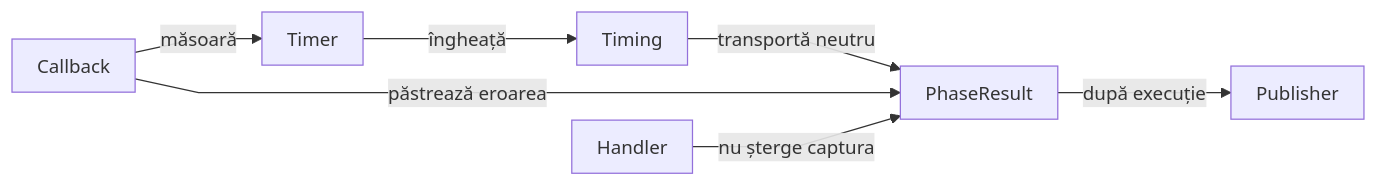
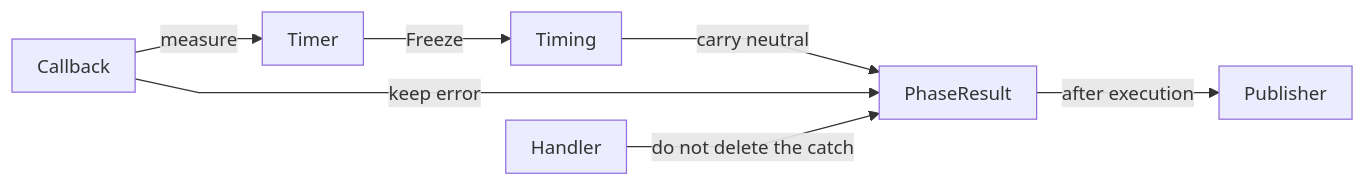
One commit to crististefanita/atf_j0 changed the third of 3 diagrams in atf-test-kit/README.md. Above: the diagram before and after it, drawn with Mermaid. The commit also changed other lines of this file and 113 other files, not shown here.

````diff
--- a/atf-test-kit/README.md
+++ b/atf-test-kit/README.md
@@ -245,10 +222,10 @@
 ```mermaid
 %%{init: {"themeVariables":{"fontSize":"15px"},"themeCSS":".nodeLabel, .nodeLabel p { font-size: 15px !important; line-height: 1.35 !important; } .edgeLabel, .edgeLabel p { font-size: 12px !important; font-weight: 400 !important; line-height: 1.2 !important; } .edgeLabel .labelBkg, .edgeLabel p { background: transparent !important; } .edgeLabel foreignObject { transform: translateY(-28px); overflow: visible; } .node rect { rx: 6px; ry: 6px; }","flowchart":{"curve":"linear","nodeSpacing":24,"rankSpacing":40,"padding":10,"diagramPadding":24}}}%%
 flowchart LR
-    Invoke["Callback"] -->|măsoară| Timer["Timer"]
-    Timer -->|îngheață| Snapshot["Timing"]
-    Snapshot -->|transportă neutru| Result["PhaseResult"]
-    Result -->|după execuție| Publisher["Publisher"]
-    Invoke -->|păstrează eroarea| Result
-    Handler["Handler"] -->|nu șterge captura| Result
+    Invoke["Callback"] -->|measure| Timer["Timer"]
+    Timer -->|Freeze| Snapshot["Timing"]
+    Snapshot -->|carry neutral| Result["PhaseResult"]
+    Result -->|after execution| Publisher["Publisher"]
+    Invoke -->|keep error| Result
+    Handler["Handler"] -->|do not delete the catch| Result
 ```
````
